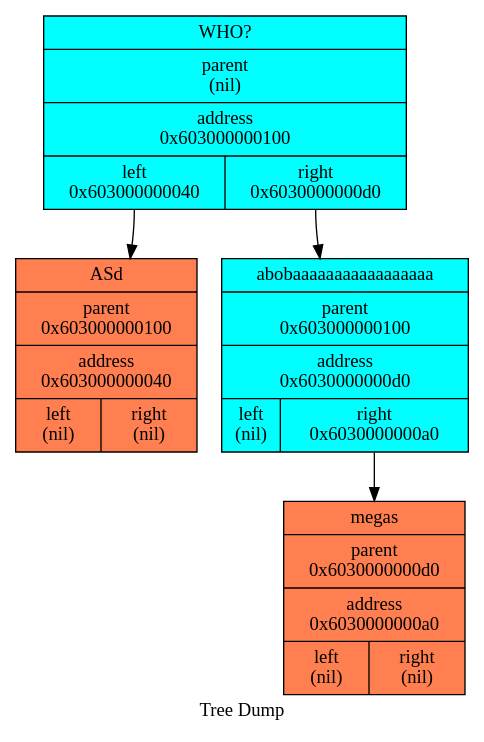
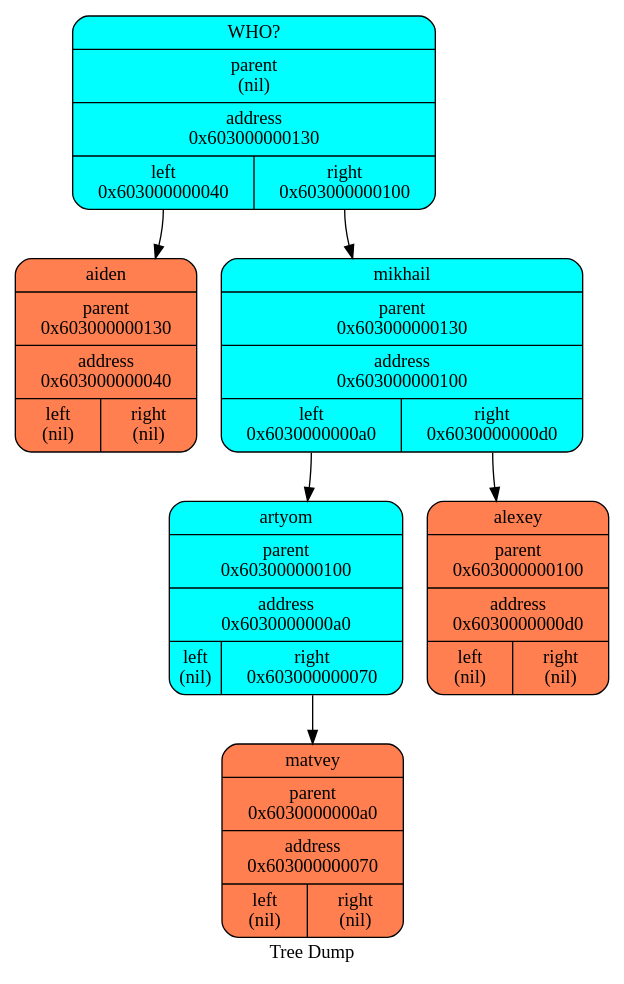
Before and after one commit to aidenfmunro/Akinator: the diagram in log/dot/treegraph_0.dot, drawn with Graphviz. The commit also changed 11 other files, not shown here.

```diff
--- a/log/dot/treegraph_0.dot
+++ b/log/dot/treegraph_0.dot
@@ -1,13 +1,17 @@
   digraph tree  {
-  node[   shape     = "circle",  style     = "filled",  fillcolor = "aqua",  fontcolor = "#000000",  margin    = "0.075"];
+  node[   shape     = "Mrecord",  style     = "filled",  fillcolor = "aqua",  fontcolor = "#000000",  margin    = "0.075"];
   rankdir   = "TB";
 
   label     = "Tree Dump";
- "WHO?" [shape = "record", label = "{<name>WHO? | parent\n(nil) | <f0> address\n0x603000000100| {<left>left\n0x603000000040 | <right>right\n0x6030000000d0\n}}"];
-  "WHO?":left->"ASd";
- "ASd" [shape = "record", fillcolor = "coral", label = "{<name>ASd | parent\n0x603000000100 | <f0> address\n0x603000000040| {<left>left\n(nil) | <right>right\n(nil)\n}}"];
-  "WHO?":right->"abobaaaaaaaaaaaaaaaaa";
- "abobaaaaaaaaaaaaaaaaa" [shape = "record", label = "{<name>abobaaaaaaaaaaaaaaaaa | parent\n0x603000000100 | <f0> address\n0x6030000000d0| {<left>left\n(nil) | <right>right\n0x6030000000a0\n}}"];
-  "abobaaaaaaaaaaaaaaaaa":right->"megas";
- "megas" [shape = "record", fillcolor = "coral", label = "{<name>megas | parent\n0x6030000000d0 | <f0> address\n0x6030000000a0| {<left>left\n(nil) | <right>right\n(nil)\n}}"];
+ "WHO?" [shape = "Mrecord", label = "{<name>WHO? | parent\n(nil) | <f0> address\n0x603000000130| {<left>left\n0x603000000040 | <right>right\n0x603000000100\n}}"];
+  "WHO?":left->"aiden";
+ "aiden" [shape = "Mrecord", fillcolor = "coral", label = "{<name>aiden | parent\n0x603000000130 | <f0> address\n0x603000000040| {<left>left\n(nil) | <right>right\n(nil)\n}}"];
+  "WHO?":right->"mikhail";
+ "mikhail" [shape = "Mrecord", label = "{<name>mikhail | parent\n0x603000000130 | <f0> address\n0x603000000100| {<left>left\n0x6030000000a0 | <right>right\n0x6030000000d0\n}}"];
+  "mikhail":left->"artyom";
+ "artyom" [shape = "Mrecord", label = "{<name>artyom | parent\n0x603000000100 | <f0> address\n0x6030000000a0| {<left>left\n(nil) | <right>right\n0x603000000070\n}}"];
+  "artyom":right->"matvey";
+ "matvey" [shape = "Mrecord", fillcolor = "coral", label = "{<name>matvey | parent\n0x6030000000a0 | <f0> address\n0x603000000070| {<left>left\n(nil) | <right>right\n(nil)\n}}"];
+  "mikhail":right->"alexey";
+ "alexey" [shape = "Mrecord", fillcolor = "coral", label = "{<name>alexey | parent\n0x603000000100 | <f0> address\n0x6030000000d0| {<left>left\n(nil) | <right>right\n(nil)\n}}"];
   }
```
